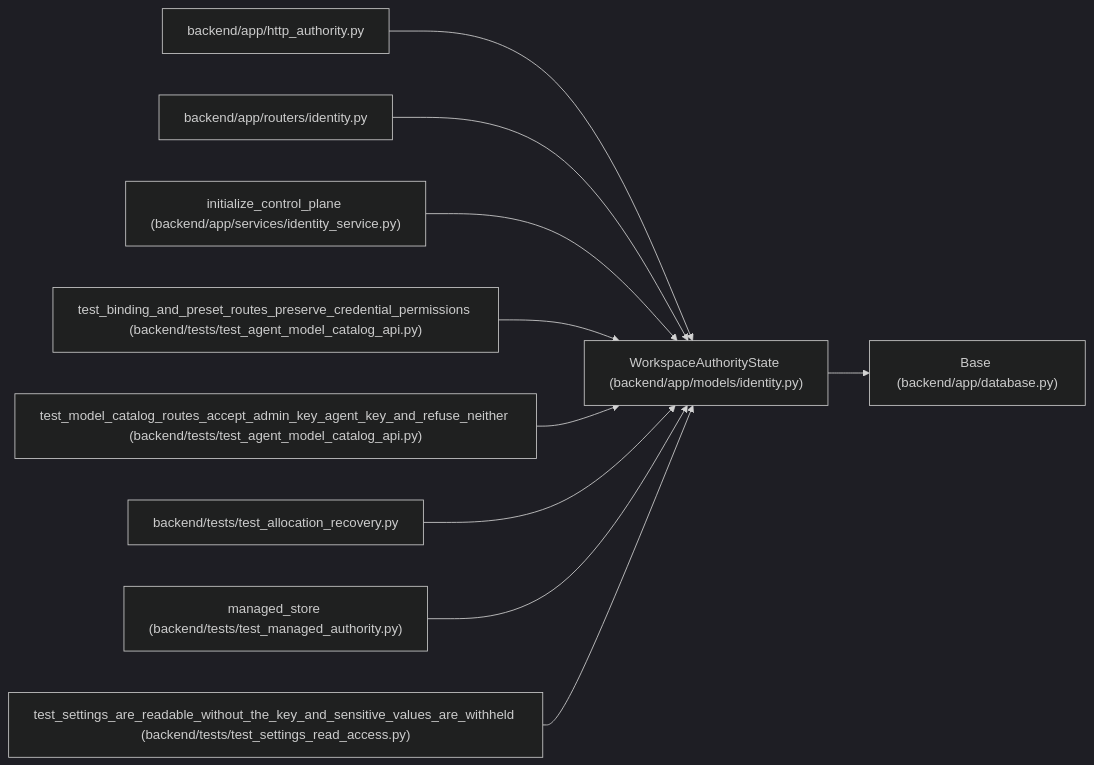
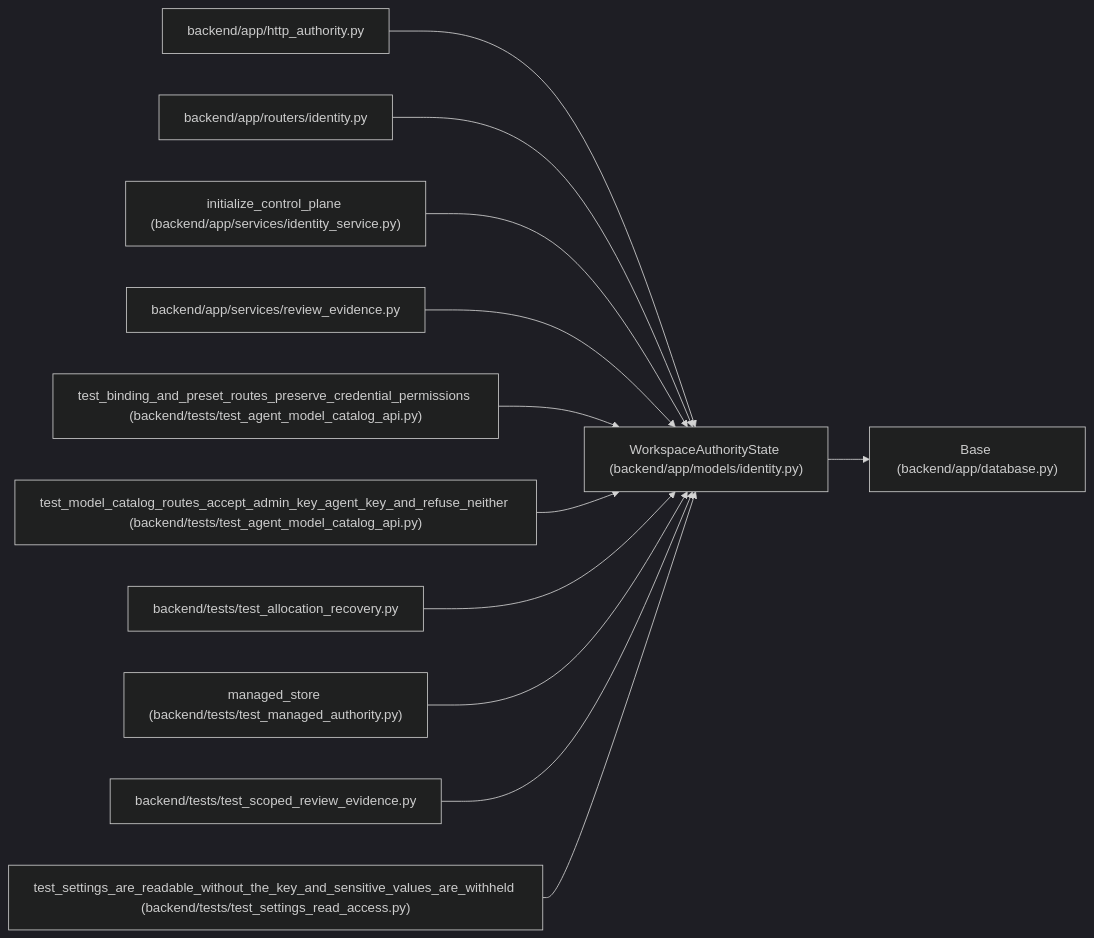
One commit to Denissvgn/WorkChord changed the diagram in docs/llm_wiki/entities/WorkspaceAuthorityState.md. Above: the diagram before and after it, drawn with Mermaid (dark theme). The commit also changed other lines of this file and 891 other files, not shown here.

Commit message:
Document candidate-bound evidence and independent review policy

````diff
--- a/docs/llm_wiki/entities/WorkspaceAuthorityState.md
+++ b/docs/llm_wiki/entities/WorkspaceAuthorityState.md
@@ -27,32 +27,38 @@
 ```mermaid
 flowchart LR
     n0["WorkspaceAuthorityState (backend/app/models/identity.py)"]
     n1["Base (backend/app/database.py)"]
     n2["backend/app/http_authority.py"]
     n3["backend/app/routers/identity.py"]
     n4["initialize_control_plane (backend/app/services/identity_service.py)"]
-    n5["test_binding_and_preset_routes_preserve_credential_permissions (backend/tests/test_agent_model_catalog_api.py)"]
-    n6["test_model_catalog_routes_accept_admin_key_agent_key_and_refuse_neither (backend/tests/test_agent_model_catalog_api.py)"]
-    n7["backend/tests/test_allocation_recovery.py"]
-    n8["managed_store (backend/tests/test_managed_authority.py)"]
-    n9["test_settings_are_readable_without_the_key_and_sensitive_values_are_withheld (backend/tests/test_settings_read_access.py)"]
+    n5["backend/app/services/review_evidence.py"]
+    n6["test_binding_and_preset_routes_preserve_credential_permissions (backend/tests/test_agent_model_catalog_api.py)"]
+    n7["test_model_catalog_routes_accept_admin_key_agent_key_and_refuse_neither (backend/tests/test_agent_model_catalog_api.py)"]
+    n8["backend/tests/test_allocation_recovery.py"]
+    n9["managed_store (backend/tests/test_managed_authority.py)"]
+    n10["backend/tests/test_scoped_review_evidence.py"]
+    n11["test_settings_are_readable_without_the_key_and_sensitive_values_are_withheld (backend/tests/test_settings_read_access.py)"]
     n0 --> n1
     n2 --> n0
     n3 --> n0
     n4 --> n0
     n5 --> n0
     n6 --> n0
     n7 --> n0
     n8 --> n0
     n9 --> n0
+    n10 --> n0
+    n11 --> n0
     click n0 "../modules/models_identity.md"
     click n1 "../modules/app_database.md"
     click n2 "../modules/http_authority.md"
     click n3 "../modules/routers_identity.md"
     click n4 "../modules/identity_service.md"
-    click n5 "../modules/test_agent_model_catalog_api.md"
+    click n5 "../modules/services_review_evidence.md"
     click n6 "../modules/test_agent_model_catalog_api.md"
-    click n7 "../modules/test_allocation_recovery.md"
-    click n8 "../modules/test_managed_authority.md"
-    click n9 "../modules/test_settings_read_access.md"
+    click n7 "../modules/test_agent_model_catalog_api.md"
+    click n8 "../modules/test_allocation_recovery.md"
+    click n9 "../modules/test_managed_authority.md"
+    click n10 "../modules/test_scoped_review_evidence.md"
+    click n11 "../modules/test_settings_read_access.md"
 ```
````
